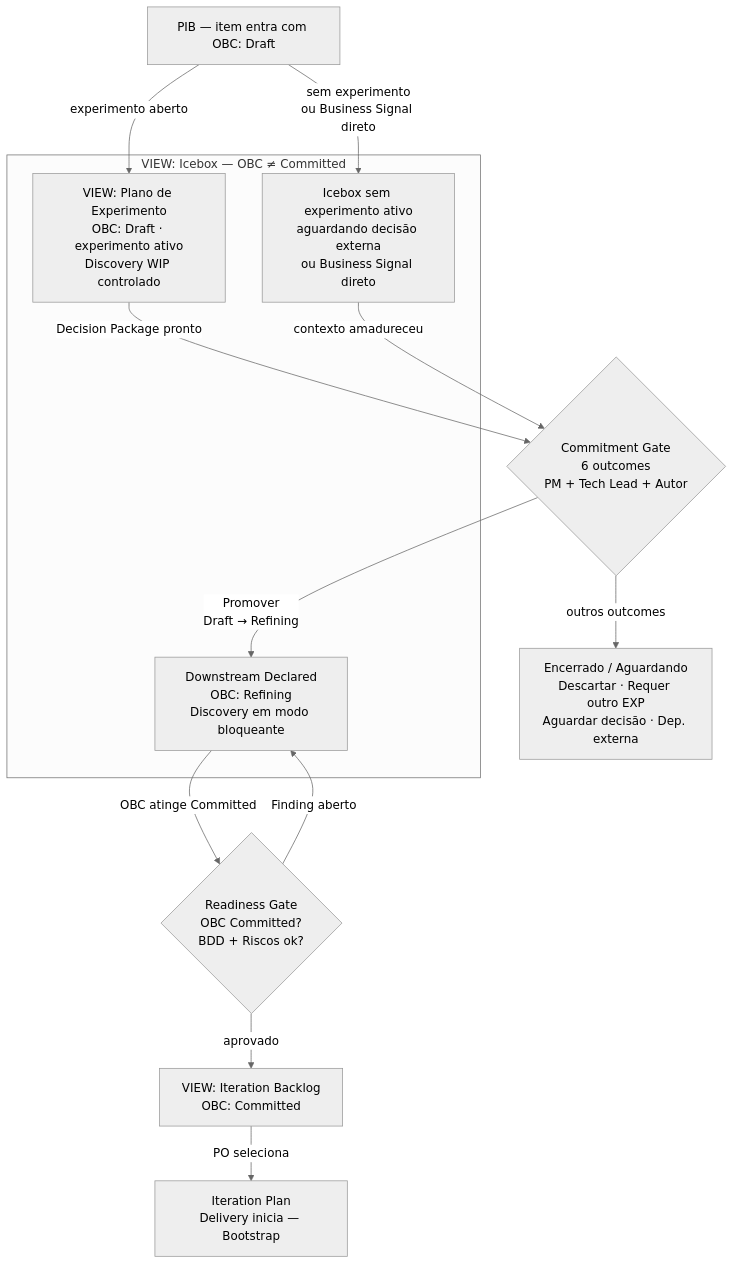
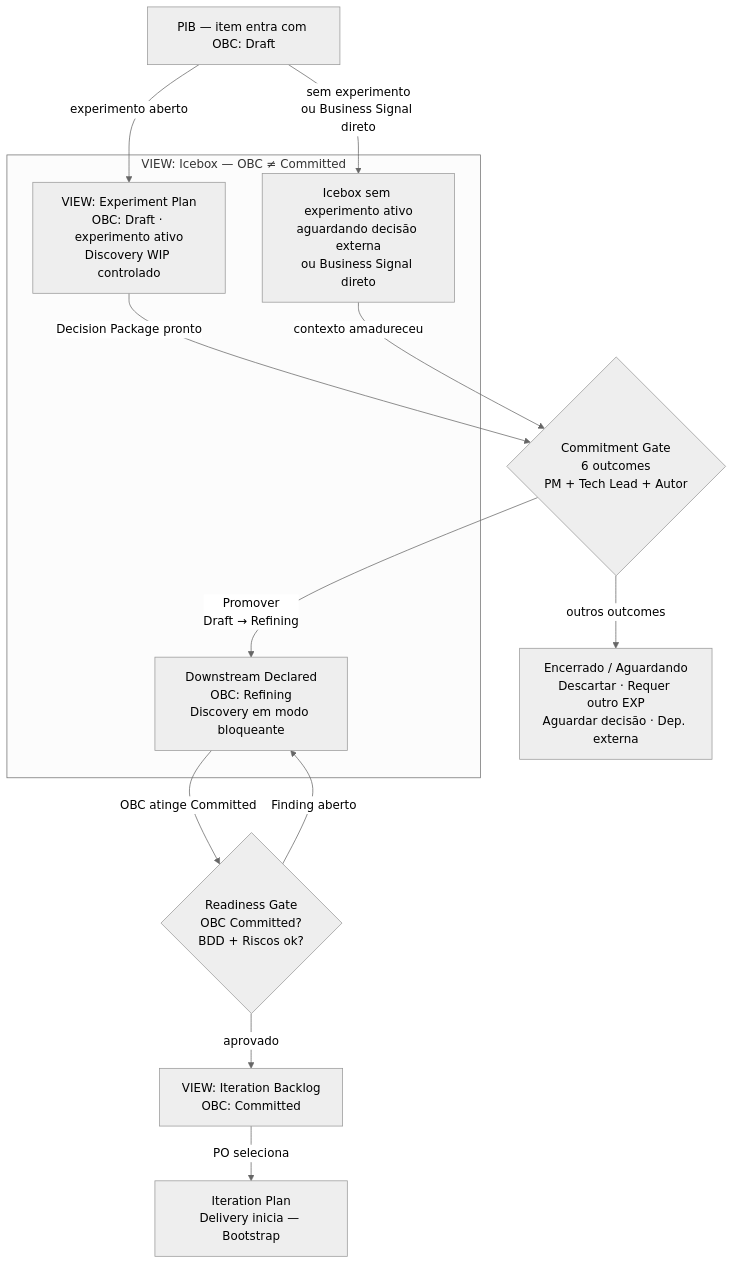
Before and after one commit to produtoreativo/from-intent-to-outcome: the third of 3 diagrams in capitulo-05.md, drawn with Mermaid (neutral theme). The commit also changed other lines of this file and 3 other files, not shown here.

First line of the commit message:
refactor(terminology): canoniza 'Experiment Plan' em inglês nos arquivos PT

````diff
--- a/capitulo-05.md
+++ b/capitulo-05.md
@@ -150,31 +150,31 @@
 ```mermaid
 flowchart TD
     PIB["PIB — item entra com OBC: Draft"]
 
     subgraph ICE["VIEW: Icebox  —  OBC ≠ Committed"]
-        PE["VIEW: Plano de Experimento\nOBC: Draft · experimento ativo\nDiscovery WIP controlado"]
+        PE["VIEW: Experiment Plan\nOBC: Draft · experimento ativo\nDiscovery WIP controlado"]
         WAIT["Icebox sem experimento ativo\naguardando decisão externa\nou Business Signal direto"]
         DS["Downstream Declared\nOBC: Refining\nDiscovery em modo bloqueante"]
     end
 
     CG{"Commitment Gate\n6 outcomes\nPM + Tech Lead + Autor"}
     RG{"Readiness Gate\nOBC Committed?\nBDD + Riscos ok?"}
     ITB["VIEW: Iteration Backlog\nOBC: Committed"]
     IP["Iteration Plan\nDelivery inicia — Bootstrap"]
     OUT["Encerrado / Aguardando\nDescartar · Requer outro EXP\nAguardar decisão · Dep. externa"]
 
     PIB -->|"experimento aberto"| PE
     PIB -->|"sem experimento\nou Business Signal direto"| WAIT
 
     PE -->|"Decision Package pronto"| CG
     WAIT -->|"contexto amadureceu"| CG
 
     CG -->|"Promover\nDraft → Refining"| DS
     CG -->|"outros outcomes"| OUT
 
     DS -->|"OBC atinge Committed"| RG
     RG -->|"aprovado"| ITB
     RG -->|"Finding aberto"| DS
 
     ITB -->|"PO seleciona"| IP
 ```
````
